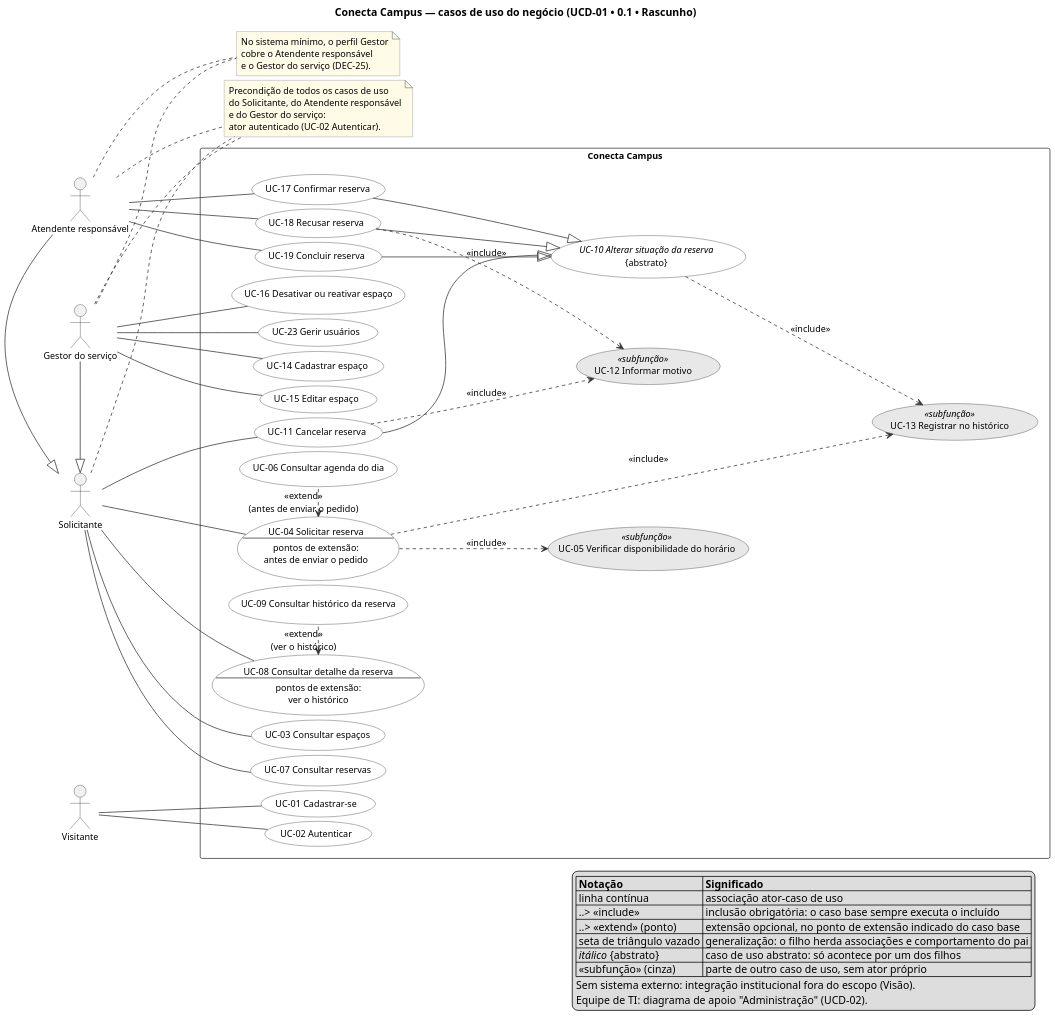
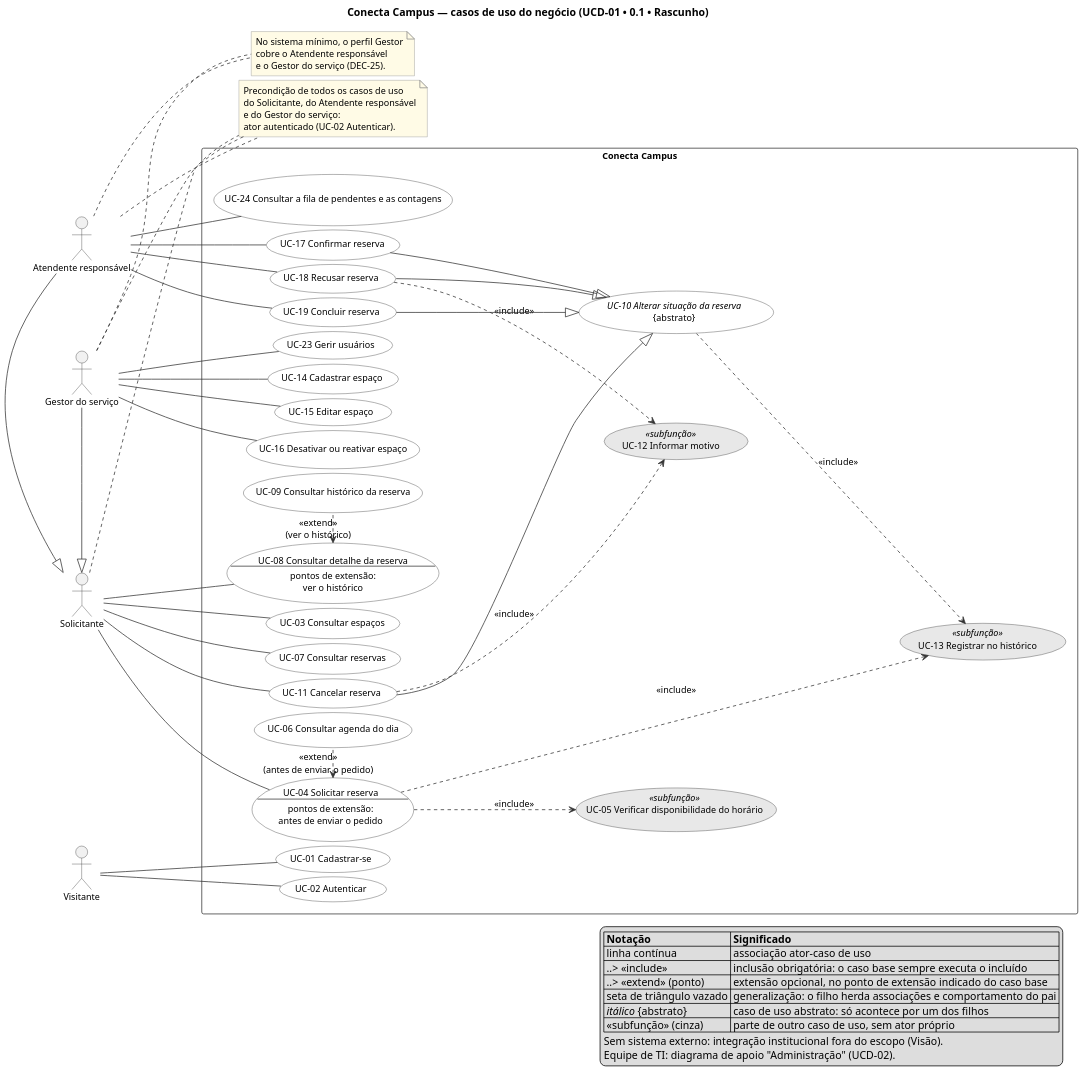
Before and after one commit to maxzdosreis/PP_Grupo03_ConectaCampus: the diagram in docs/fontes/requisitos/casos-de-uso/diagrama-casos-de-uso.puml, drawn with PlantUML. The commit also changed 36 other files, not shown here.

Commit message:
feat(reservas): Gestor consulta a fila de pendentes e as contagens por situação

```diff
--- a/docs/fontes/requisitos/casos-de-uso/diagrama-casos-de-uso.puml
+++ b/docs/fontes/requisitos/casos-de-uso/diagrama-casos-de-uso.puml
@@ -1,121 +1,123 @@
 @startuml diagrama-casos-de-uso
 ' UCD-01 • 0.1 • Rascunho — diagrama de casos de uso do negócio (REQ-03).
 ' Fonte versionada. Os arquivos .svg e .png ao lado são GERADOS a partir deste
 ' arquivo (comando no README.md desta pasta): não os edite à mão.
 ' Nomes de atores e casos de uso: glossario.md. Decisões de modelagem: README.md.
 
 left to right direction
 skinparam dpi 150
 skinparam shadowing false
 ' Menos espaço entre linhas e mais entre colunas: cabe melhor numa A4 deitada.
 skinparam nodesep 6
 skinparam ranksep 110
 skinparam defaultFontSize 12
 skinparam ArrowColor #333333
 skinparam ActorBorderColor #333333
 skinparam RectangleBorderColor #333333
 skinparam NoteBorderColor #888888
 skinparam NoteBackgroundColor #FFFBE6
 skinparam usecase {
   BackgroundColor #FFFFFF
   BorderColor #333333
   BackgroundColor<<subfunção>> #E8E8E8
 }
 
 title Conecta Campus — casos de uso do negócio (UCD-01 • 0.1 • Rascunho)
 
 actor "Gestor do serviço" as GestorDoServico
 actor "Atendente responsável" as Atendente
 actor Solicitante
 actor Visitante
 ' Generalização de atores: o Atendente responsável e o Gestor do serviço são Solicitantes com
 ' mais casos de uso. No sistema mínimo (DEC-25), um perfil só, o Gestor, cobre os dois papéis.
 ' Um traço só deixa os atores na mesma coluna.
 Atendente -|> Solicitante
 GestorDoServico -|> Solicitante
 
 rectangle "Conecta Campus" {
   usecase "UC-03 Consultar espaços" as UC03
   usecase "UC-04 Solicitar reserva\n--\npontos de extensão:\nantes de enviar o pedido" as UC04
   usecase "UC-05 Verificar disponibilidade do horário" as UC05 <<subfunção>>
   usecase "UC-06 Consultar agenda do dia" as UC06
   usecase "UC-07 Consultar reservas" as UC07
   usecase "UC-08 Consultar detalhe da reserva\n--\npontos de extensão:\nver o histórico" as UC08
   usecase "UC-09 Consultar histórico da reserva" as UC09
   usecase "//UC-10 Alterar situação da reserva//\n{abstrato}" as UC10
   usecase "UC-11 Cancelar reserva" as UC11
   usecase "UC-12 Informar motivo" as UC12 <<subfunção>>
   usecase "UC-13 Registrar no histórico" as UC13 <<subfunção>>
 
   usecase "UC-14 Cadastrar espaço" as UC14
   usecase "UC-15 Editar espaço" as UC15
   usecase "UC-16 Desativar ou reativar espaço" as UC16
   usecase "UC-17 Confirmar reserva" as UC17
   usecase "UC-18 Recusar reserva" as UC18
   usecase "UC-19 Concluir reserva" as UC19
   usecase "UC-23 Gerir usuários" as UC23
+  usecase "UC-24 Consultar a fila de pendentes e as contagens" as UC24
 
   usecase "UC-01 Cadastrar-se" as UC01
   usecase "UC-02 Autenticar" as UC02
 }
 
 ' Associações ator–caso de uso (o Atendente responsável e o Gestor do serviço herdam as do Solicitante). UC-06 e UC-09
 ' não têm associação própria: só acontecem como extensão de UC-04 e UC-08.
 Visitante -- UC01
 Visitante -- UC02
 
 Solicitante -- UC03
 Solicitante -- UC04
 Solicitante -- UC07
 Solicitante -- UC08
 Solicitante -- UC11
 
 GestorDoServico -- UC14
 GestorDoServico -- UC15
 GestorDoServico -- UC16
 GestorDoServico -- UC23
 Atendente -- UC17
 Atendente -- UC18
 Atendente -- UC19
+Atendente -- UC24
 
 ' Inclusões (obrigatórias): base ..> incluído ("...>" é a mesma seta, mais longa, só de layout)
 UC04 ..> UC05 : <<include>>
 UC04 ...> UC13 : <<include>>
 UC10 ..> UC13 : <<include>>
 UC11 ..> UC12 : <<include>>
 UC18 ..> UC12 : <<include>>
 
 ' Extensões (opcionais): a seta vai da extensão para a base, no ponto de extensão
 ' indicado. Escritas como "base <. extensão" (um ponto) só para a extensão ficar logo abaixo da base.
 UC04 <. UC06 : <<extend>>\n(antes de enviar o pedido)
 UC08 <. UC09 : <<extend>>\n(ver o histórico)
 
 
 ' Generalização entre casos de uso: filho --|> pai abstrato
 UC11 --|> UC10
 UC17 --|> UC10
 UC18 --|> UC10
 UC19 --|> UC10
 
 note "Precondição de todos os casos de uso\ndo Solicitante, do Atendente responsável\ne do Gestor do serviço:\nator autenticado (UC-02 Autenticar)." as PRECONDICAO
 Solicitante .. PRECONDICAO
 Atendente .. PRECONDICAO
 GestorDoServico .. PRECONDICAO
 
 note "No sistema mínimo, o perfil Gestor\ncobre o Atendente responsável\ne o Gestor do serviço (DEC-25)." as PERFILUNICO
 Atendente .. PERFILUNICO
 GestorDoServico .. PERFILUNICO
 
 legend right
   |= Notação |= Significado |
   | linha contínua | associação ator–caso de uso |
   | ..> <<include>> | inclusão obrigatória: o caso base sempre executa o incluído |
   | ..> <<extend>> (ponto) | extensão opcional, no ponto de extensão indicado do caso base |
   | seta de triângulo vazado | generalização: o filho herda associações e comportamento do pai |
   | //itálico// {abstrato} | caso de uso abstrato: só acontece por um dos filhos |
   | <<subfunção>> (cinza) | parte de outro caso de uso, sem ator próprio |
   Sem sistema externo: integração institucional fora do escopo (Visão).
   Equipe de TI: diagrama de apoio "Administração" (UCD-02).
 endlegend
 
 @enduml
```
